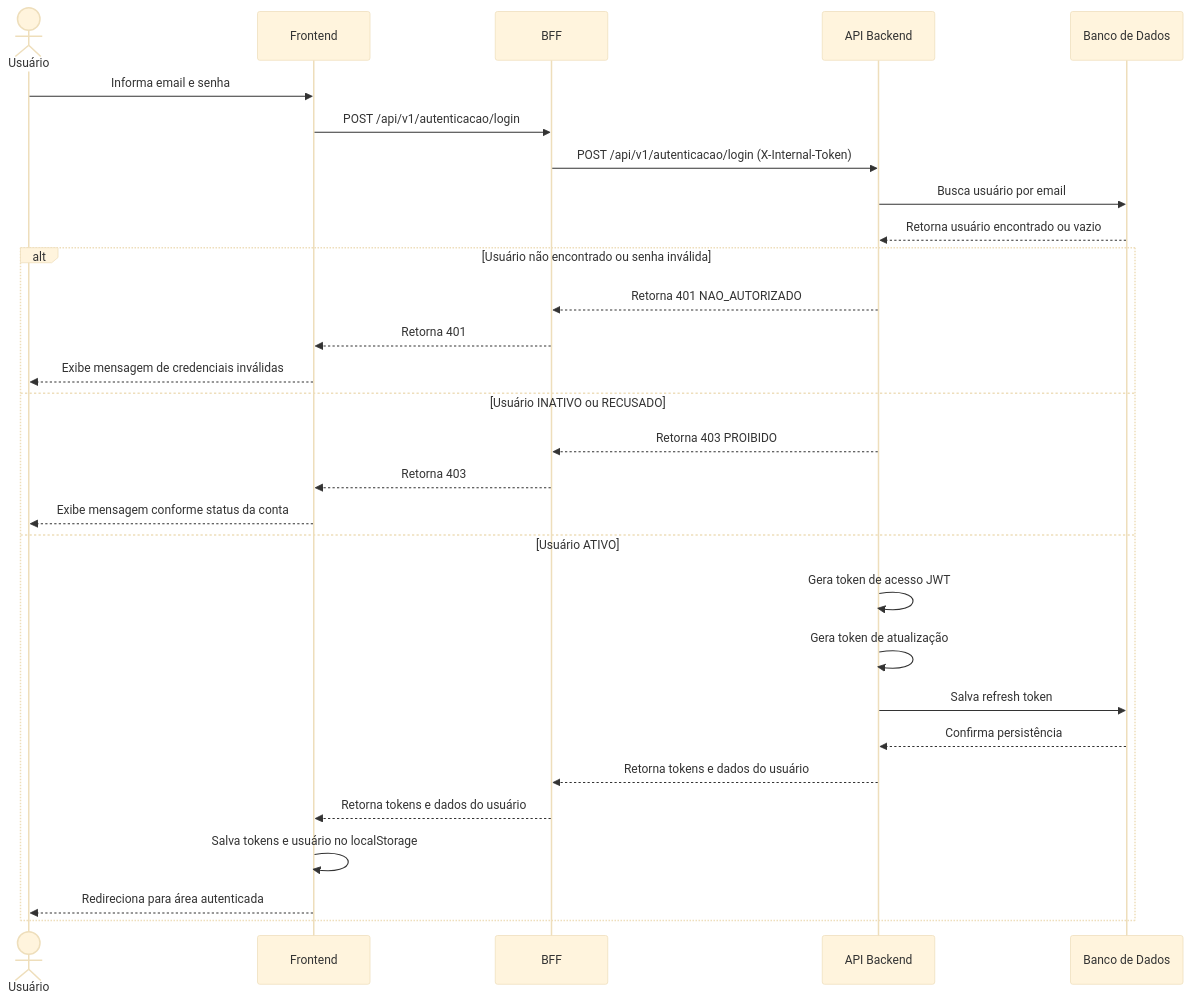
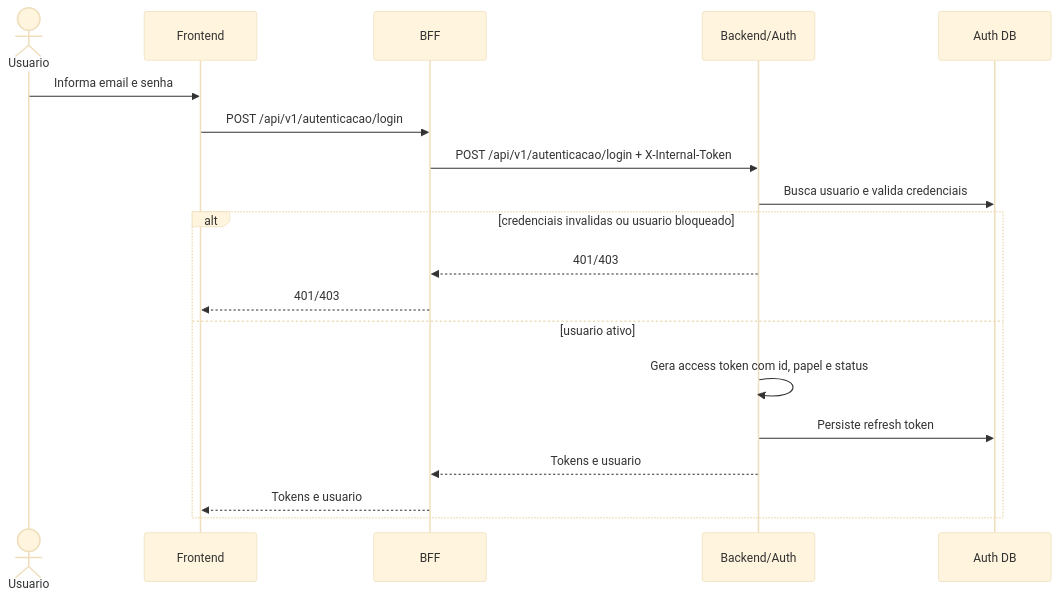
The third of 5 diagrams in docs/arquitetura/visoes/processos.md (fga-eps-mds/2026-1-AnatoQuizUp-Doc), drawn with Mermaid (base theme) before and after one commit. The commit also changed other lines of this file and 10 other files, not shown here.

````diff
--- a/docs/arquitetura/visoes/processos.md
+++ b/docs/arquitetura/visoes/processos.md
@@ -98,33 +52,22 @@
 ```mermaid
 sequenceDiagram
-    actor Usuario as Usuário
+    actor Usuario
     participant Frontend
     participant BFF
-    participant Backend as API Backend
-    participant Banco as Banco de Dados
+    participant Auth as Backend/Auth
+    participant DB as Auth DB
 
     Usuario->>Frontend: Informa email e senha
     Frontend->>BFF: POST /api/v1/autenticacao/login
-    BFF->>Backend: POST /api/v1/autenticacao/login (X-Internal-Token)
-    Backend->>Banco: Busca usuário por email
-    Banco-->>Backend: Retorna usuário encontrado ou vazio
-
-    alt Usuário não encontrado ou senha inválida
-        Backend-->>BFF: Retorna 401 NAO_AUTORIZADO
-        BFF-->>Frontend: Retorna 401
-        Frontend-->>Usuario: Exibe mensagem de credenciais inválidas
-    else Usuário INATIVO ou RECUSADO
-        Backend-->>BFF: Retorna 403 PROIBIDO
-        BFF-->>Frontend: Retorna 403
-        Frontend-->>Usuario: Exibe mensagem conforme status da conta
-    else Usuário ATIVO
-        Backend->>Backend: Gera token de acesso JWT
-        Backend->>Backend: Gera token de atualização
-        Backend->>Banco: Salva refresh token
-        Banco-->>Backend: Confirma persistência
-        Backend-->>BFF: Retorna tokens e dados do usuário
-        BFF-->>Frontend: Retorna tokens e dados do usuário
-        Frontend->>Frontend: Salva tokens e usuário no localStorage
-        Frontend-->>Usuario: Redireciona para área autenticada
+    BFF->>Auth: POST /api/v1/autenticacao/login + X-Internal-Token
+    Auth->>DB: Busca usuario e valida credenciais
+    alt credenciais invalidas ou usuario bloqueado
+        Auth-->>BFF: 401/403
+        BFF-->>Frontend: 401/403
+    else usuario ativo
+        Auth->>Auth: Gera access token com id, papel e status
+        Auth->>DB: Persiste refresh token
+        Auth-->>BFF: Tokens e usuario
+        BFF-->>Frontend: Tokens e usuario
     end
 ```
````
